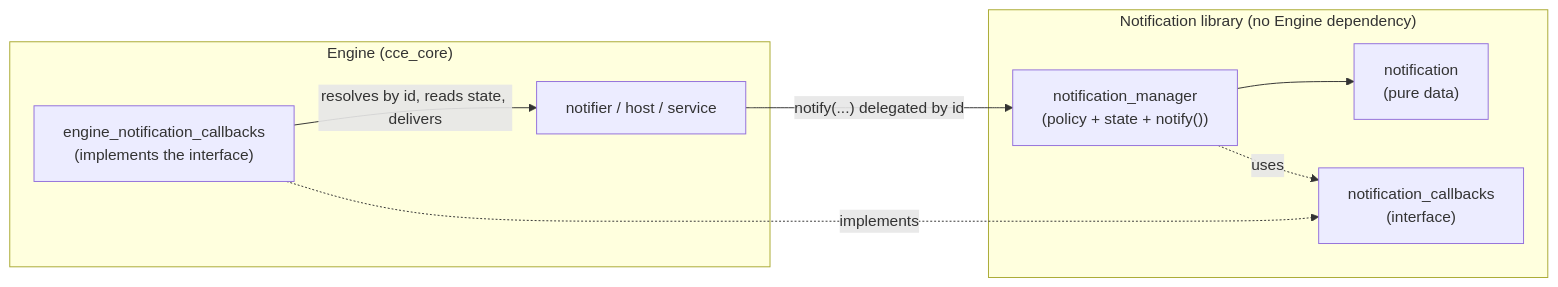
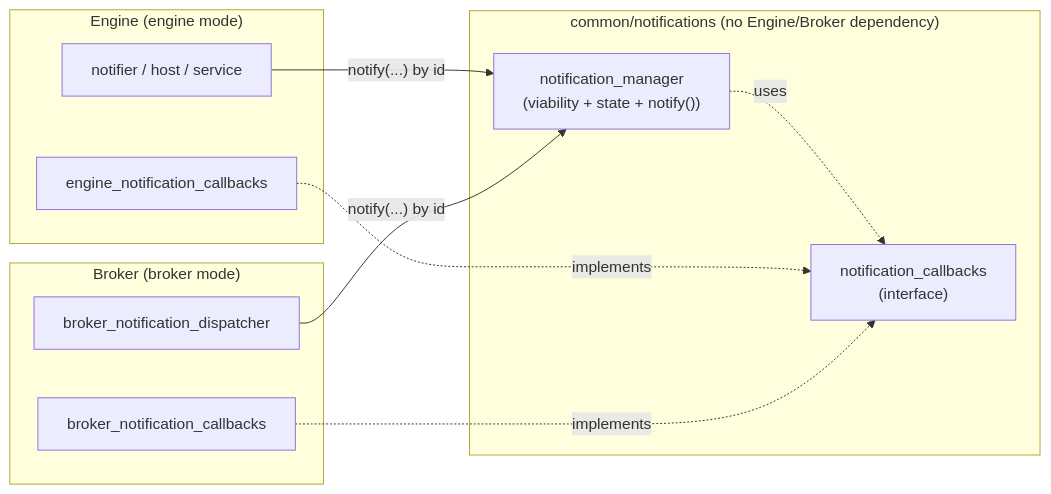
Before and after one commit to centreon/centreon-collect: the first of 5 diagrams in doc/notifications-en.md, drawn with Mermaid. The commit also changed other lines of this file and 1 other file, not shown here.

Commit message:
doc(notifications): the notifications documentation describes the current code

````diff
--- a/doc/notifications-en.md
+++ b/doc/notifications-en.md
@@ -466,17 +88,20 @@
 ```mermaid
 flowchart LR
-    subgraph lib["Notification library (no Engine dependency)"]
-        NM["notification_manager<br/>(policy + state + notify())"]
-        NEV["notification<br/>(pure data)"]
+    subgraph lib["common/notifications (no Engine/Broker dependency)"]
+        NM["notification_manager<br/>(viability + state + notify())"]
         CB["notification_callbacks<br/>(interface)"]
-        NM --> NEV
         NM -. uses .-> CB
     end
-    subgraph engine["Engine (cce_core)"]
+    subgraph engine["Engine (engine mode)"]
         NF["notifier / host / service"]
-        ENC["engine_notification_callbacks<br/>(implements the interface)"]
+        ENC["engine_notification_callbacks"]
     end
-    NF -- "notify(...) delegated by id" --> NM
+    subgraph broker["Broker (broker mode)"]
+        BND["broker_notification_dispatcher"]
+        BNC["broker_notification_callbacks"]
+    end
+    NF -- "notify(...) by id" --> NM
+    BND -- "notify(...) by id" --> NM
     ENC -. implements .-> CB
-    ENC -- "resolves by id, reads state, delivers" --> NF
+    BNC -. implements .-> CB
 ```
````
